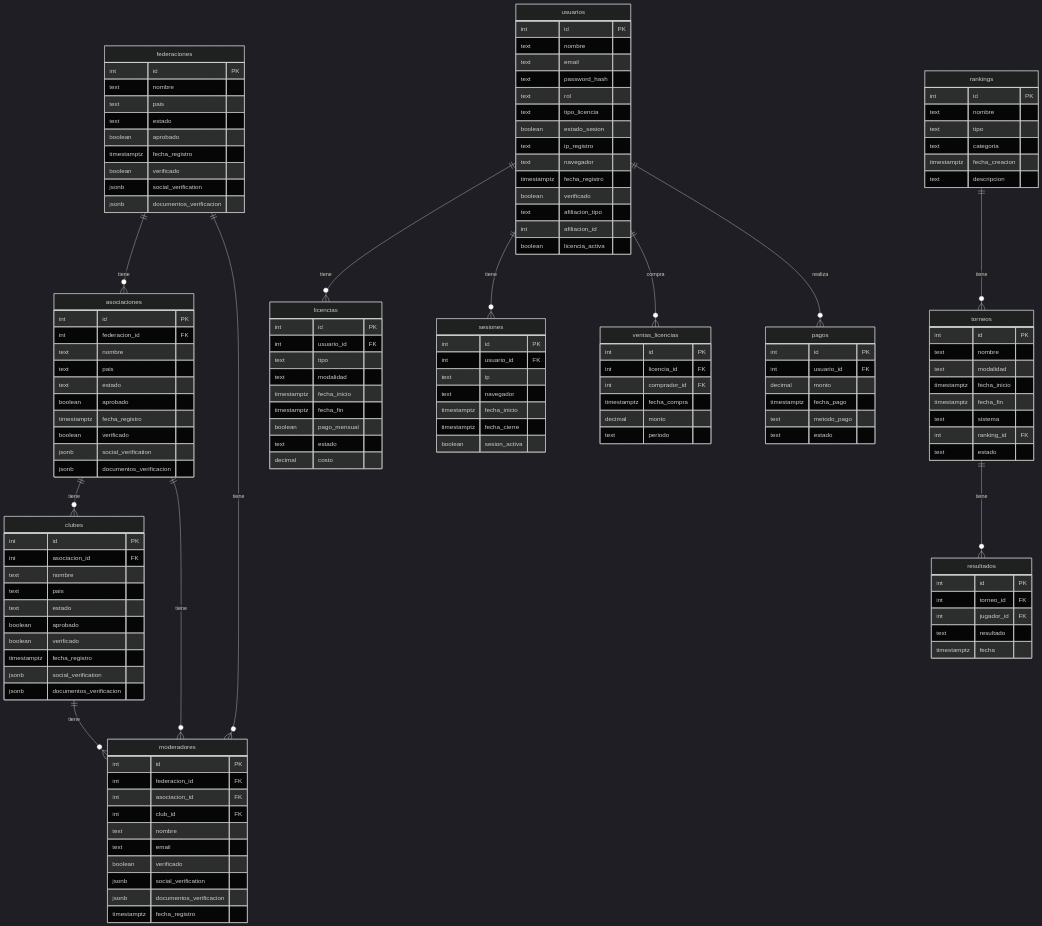
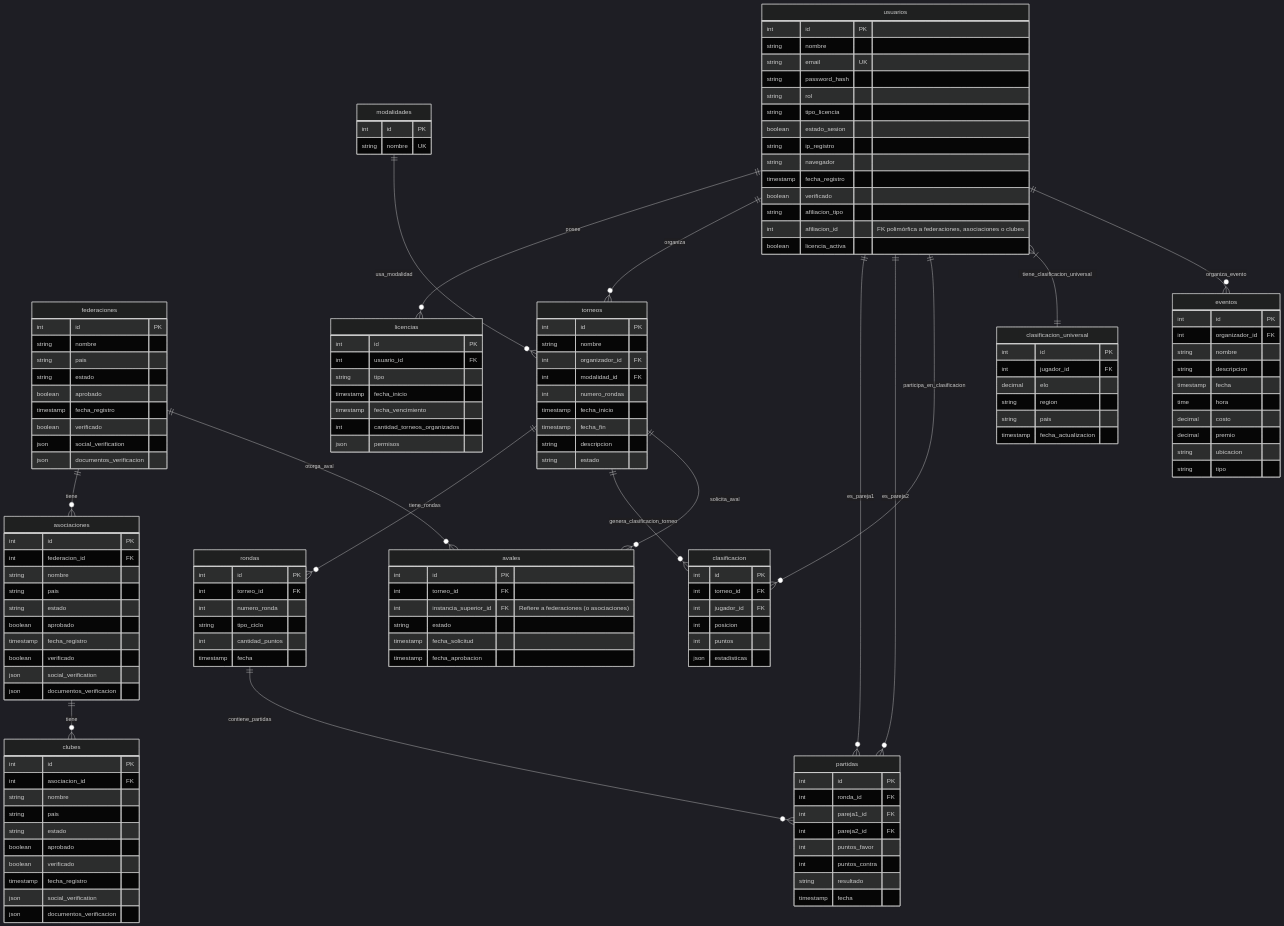
One commit to hackhades/base-datos-DT changed the diagram in chatgpt_mermaid.mmd. Above: the diagram before and after it, drawn with Mermaid (dark theme). The commit also changed 14 other files, not shown here.

Commit message:
sql y mermaid corregidos

```diff
--- a/chatgpt_mermaid.mmd
+++ b/chatgpt_mermaid.mmd
@@ -1,149 +1,183 @@
-erDiagram  
-    federaciones {  
-        int id PK  
-        text nombre  
-        text pais  
-        text estado  
-        boolean aprobado  
-        timestamptz fecha_registro  
-        boolean verificado  
-        jsonb social_verification  
-        jsonb documentos_verificacion  
-    }  
-  
-    asociaciones {  
-        int id PK  
-        int federacion_id FK  
-        text nombre  
-        text pais  
-        text estado  
-        boolean aprobado  
-        timestamptz fecha_registro  
-        boolean verificado  
-        jsonb social_verification  
-        jsonb documentos_verificacion  
-    }  
-  
-    clubes {  
-        int id PK  
-        int asociacion_id FK  
-        text nombre  
-        text pais  
-        text estado  
-        boolean aprobado  
-        boolean verificado  
-        timestamptz fecha_registro  
-        jsonb social_verification  
-        jsonb documentos_verificacion  
-    }  
-  
-    moderadores {  
-        int id PK  
-        int federacion_id FK  
-        int asociacion_id FK  
-        int club_id FK  
-        text nombre  
-        text email  
-        boolean verificado  
-        jsonb social_verification  
-        jsonb documentos_verificacion  
-        timestamptz fecha_registro  
-    }  
-  
-    usuarios {  
-        int id PK  
-        text nombre  
-        text email  
-        text password_hash  
-        text rol  
-        text tipo_licencia  
-        boolean estado_sesion  
-        text ip_registro  
-        text navegador  
-        timestamptz fecha_registro  
-        boolean verificado  
-        text afiliacion_tipo  
-        int afiliacion_id  
-        boolean licencia_activa  
-    }  
-  
-    licencias {  
-        int id PK  
-        int usuario_id FK  
-        text tipo  
-        text modalidad  
-        timestamptz fecha_inicio  
-        timestamptz fecha_fin  
-        boolean pago_mensual  
-        text estado  
-        decimal costo  
-    }  
-  
-    sesiones {  
-        int id PK  
-        int usuario_id FK  
-        text ip  
-        text navegador  
-        timestamptz fecha_inicio  
-        timestamptz fecha_cierre  
-        boolean sesion_activa  
-    }  
-  
-    rankings {  
-        int id PK  
-        text nombre  
-        text tipo  
-        text categoria  
-        timestamptz fecha_creacion  
-        text descripcion  
-    }  
-  
-    resultados {  
-        int id PK  
-        int torneo_id FK  
-        int jugador_id FK  
-        text resultado  
-        timestamptz fecha  
-    }  
-  
-    torneos {  
-        int id PK  
-        text nombre  
-        text modalidad  
-        timestamptz fecha_inicio  
-        timestamptz fecha_fin  
-        text sistema  
-        int ranking_id FK  
-        text estado  
-    }  
-  
-    ventas_licencias {  
-        int id PK  
-        int licencia_id FK  
-        int comprador_id FK  
-        timestamptz fecha_compra  
-        decimal monto  
-        text periodo  
-    }  
-  
-    pagos {  
-        int id PK  
-        int usuario_id FK  
-        decimal monto  
-        timestamptz fecha_pago  
-        text metodo_pago  
-        text estado  
-    }  
-  
-    %% Relaciones  
-    federaciones ||--o{ asociaciones : "tiene"  
-    asociaciones ||--o{ clubes : "tiene"  
-    federaciones ||--o{ moderadores : "tiene"  
-    asociaciones ||--o{ moderadores : "tiene"  
-    clubes ||--o{ moderadores : "tiene"  
-    usuarios ||--o{ licencias : "tiene"  
-    usuarios ||--o{ sesiones : "tiene"  
-    rankings ||--o{ torneos : "tiene"  
-    torneos ||--o{ resultados : "tiene"  
-    usuarios ||--o{ ventas_licencias : "compra"  
-    usuarios ||--o{ pagos : "realiza"  
+erDiagram
+    modalidades {
+        int id PK
+        string nombre UK
+    }
+
+    federaciones {
+        int id PK
+        string nombre
+        string pais
+        string estado
+        boolean aprobado
+        timestamp fecha_registro
+        boolean verificado
+        json social_verification
+        json documentos_verificacion
+    }
+
+    asociaciones {
+        int id PK
+        int federacion_id FK
+        string nombre
+        string pais
+        string estado
+        boolean aprobado
+        timestamp fecha_registro
+        boolean verificado
+        json social_verification
+        json documentos_verificacion
+    }
+
+    clubes {
+        int id PK
+        int asociacion_id FK
+        string nombre
+        string pais
+        string estado
+        boolean aprobado
+        boolean verificado
+        timestamp fecha_registro
+        json social_verification
+        json documentos_verificacion
+    }
+
+    usuarios {
+        int id PK
+        string nombre
+        string email UK
+        string password_hash
+        string rol
+        string tipo_licencia
+        boolean estado_sesion
+        string ip_registro
+        string navegador
+        timestamp fecha_registro
+        boolean verificado
+        string afiliacion_tipo
+        int afiliacion_id "FK polimórfica a federaciones, asociaciones o clubes"
+        boolean licencia_activa
+    }
+
+    licencias {
+        int id PK
+        int usuario_id FK
+        string tipo
+        timestamp fecha_inicio
+        timestamp fecha_vencimiento
+        int cantidad_torneos_organizados
+        json permisos
+    }
+
+    torneos {
+        int id PK
+        string nombre
+        int organizador_id FK
+        int modalidad_id FK
+        int numero_rondas
+        timestamp fecha_inicio
+        timestamp fecha_fin
+        string descripcion
+        string estado
+    }
+
+    rondas {
+        int id PK
+        int torneo_id FK
+        int numero_ronda
+        string tipo_ciclo
+        int cantidad_puntos
+        timestamp fecha
+    }
+
+    partidas {
+        int id PK
+        int ronda_id FK
+        int pareja1_id FK
+        int pareja2_id FK
+        int puntos_favor
+        int puntos_contra
+        string resultado
+        timestamp fecha
+    }
+
+    clasificacion {
+        int id PK
+        int torneo_id FK
+        int jugador_id FK
+        int posicion
+        int puntos
+        json estadisticas
+    }
+
+    clasificacion_universal {
+        int id PK
+        int jugador_id FK
+        decimal elo
+        string region
+        string pais
+        timestamp fecha_actualizacion
+    }
+
+    avales {
+        int id PK
+        int torneo_id FK
+        int instancia_superior_id FK "Refiere a federaciones (o asociaciones)"
+        string estado
+        timestamp fecha_solicitud
+        timestamp fecha_aprobacion
+    }
+
+    eventos {
+        int id PK
+        int organizador_id FK
+        string nombre
+        string descripcion
+        timestamp fecha
+        time hora
+        decimal costo
+        decimal premio
+        string ubicacion
+        string tipo
+    }
+
+    %% =================== RELACIONES ===================
+    federaciones ||--o{ asociaciones : "tiene"
+    asociaciones ||--o{ clubes : "tiene"
+    
+    usuarios ||--o{ licencias : "posee"
+    
+    usuarios ||--o{ torneos : "organiza"
+    modalidades ||--o{ torneos : "usa_modalidad"
+    
+    torneos ||--o{ rondas : "tiene_rondas"
+    rondas ||--o{ partidas : "contiene_partidas"
+    
+    usuarios ||--o{ partidas : "es_pareja1"
+    usuarios ||--o{ partidas : "es_pareja2"
+    
+    torneos ||--o{ clasificacion : "genera_clasificacion_torneo"
+    usuarios ||--o{ clasificacion : "participa_en_clasificacion"
+    
+    usuarios }|--|| clasificacion_universal : "tiene_clasificacion_universal"
+    %% Suponiendo 1-a-1 o 1-a-0
+    
+    torneos ||--o{ avales : "solicita_aval"
+    federaciones ||--o{ avales : "otorga_aval"
+    %% Aval principal a federacion segun FK
+    
+    %% Para avales.instancia_superior_id referenciando asociaciones, seria una linea conceptual:
+    %% asociaciones ||--o{ avales : "otorga_aval_conceptual"
+
+    usuarios ||--o{ eventos : "organiza_evento"
+
+    %% Relaciones polimórficas (representadas conceptualmente o con comentarios)
+    %% La columna usuarios.afiliacion_id puede referenciar a federaciones, asociaciones o clubes.
+    %% La columna avales.instancia_superior_id actualmente referencia a federaciones,
+    %% pero el comentario SQL original indicaba que podría ser federacion o asociacion.
+    %% Para representar esto visualmente de forma más clara si fuera necesario,
+    %% se podrían usar relaciones punteadas conceptuales, por ejemplo:
+    %% usuarios }o..|| federaciones : "afiliado_a (si tipo es federacion)"
+    %% usuarios }o..|| asociaciones : "afiliado_a (si tipo es asociacion)"
+    %% usuarios }o..|| clubes : "afiliado_a (si tipo es club)"
+    %% avales }o..|| asociaciones : "otorga_aval (si instancia es asociacion)"
```
